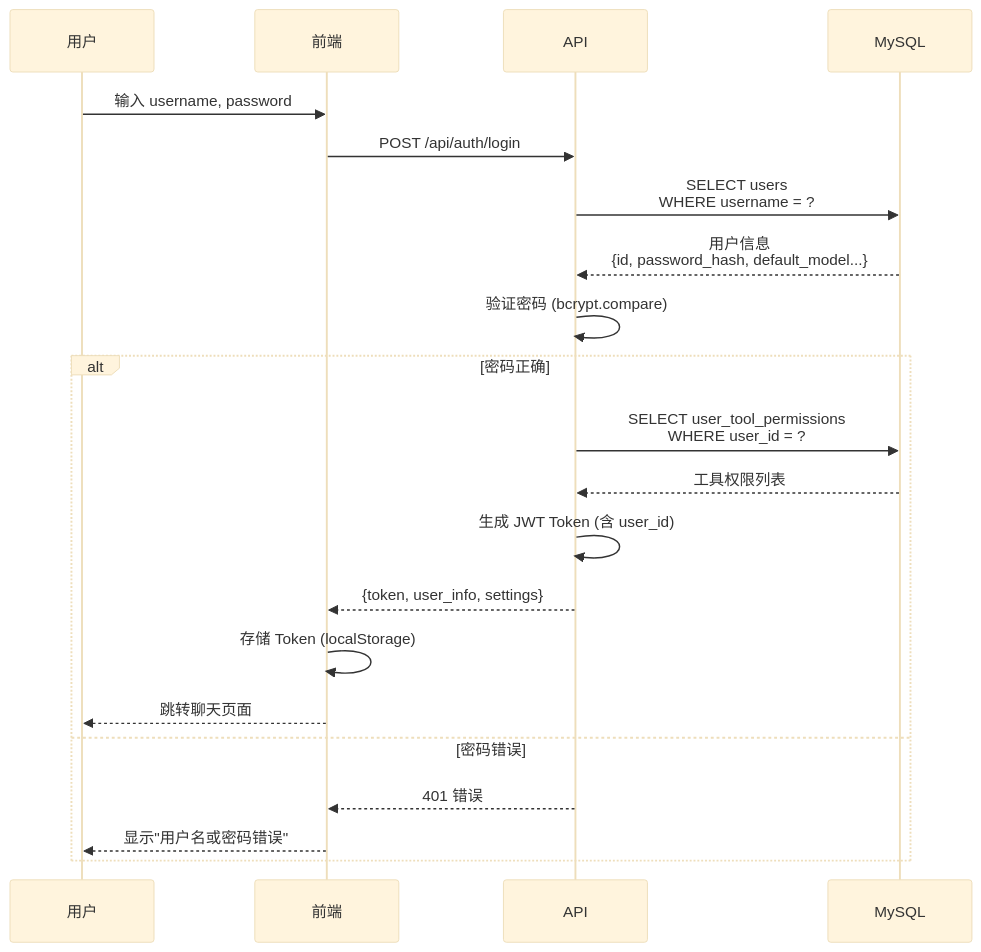
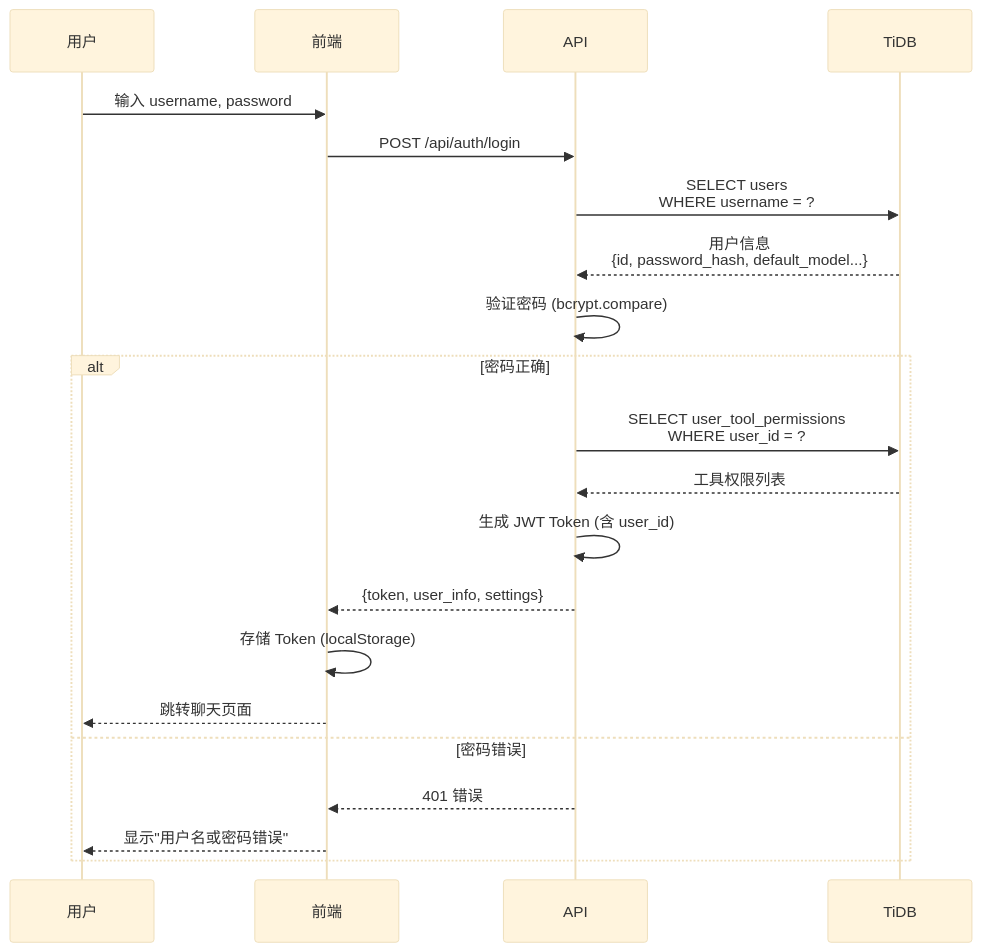
One commit to xiaocaipi/mm-doc changed the eighth of 27 diagrams in agent/agent_project_design_1.md. Above: the diagram before and after it, drawn with Mermaid (base theme). The commit also changed other lines of this file, not shown here.

````diff
--- a/agent/agent_project_design_1.md
+++ b/agent/agent_project_design_1.md
@@ -473,29 +473,29 @@
 ```mermaid
 sequenceDiagram
     participant User as 用户
     participant Frontend as 前端
     participant API as API
-    participant DB as MySQL
+    participant DB as TiDB
     
     User->>Frontend: 输入 username, password
     Frontend->>API: POST /api/auth/login
     API->>DB: SELECT users<br/>WHERE username = ?
     DB-->>API: 用户信息<br/>{id, password_hash, default_model...}
     
     API->>API: 验证密码 (bcrypt.compare)
     
     alt 密码正确
         API->>DB: SELECT user_tool_permissions<br/>WHERE user_id = ?
         DB-->>API: 工具权限列表
         
         API->>API: 生成 JWT Token (含 user_id)
         API-->>Frontend: {token, user_info, settings}
         
         Frontend->>Frontend: 存储 Token (localStorage)
         Frontend-->>User: 跳转聊天页面
         
     else 密码错误
         API-->>Frontend: 401 错误
         Frontend-->>User: 显示"用户名或密码错误"
     end
 ```
````
